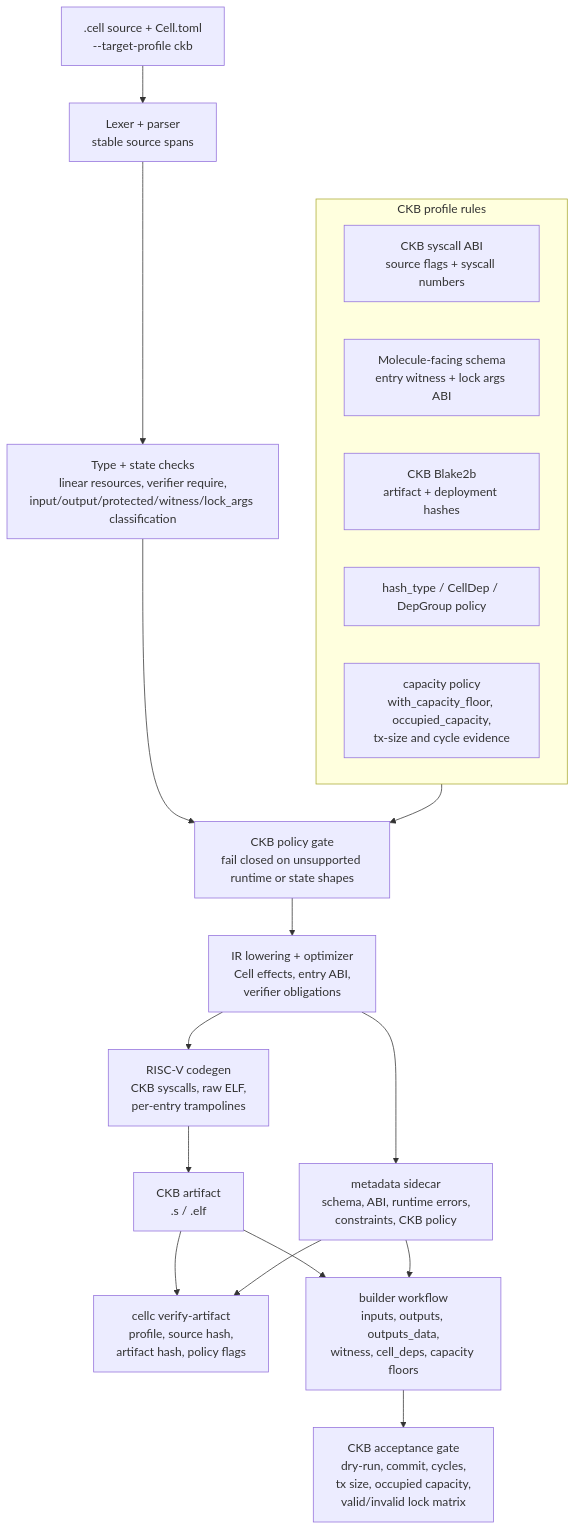
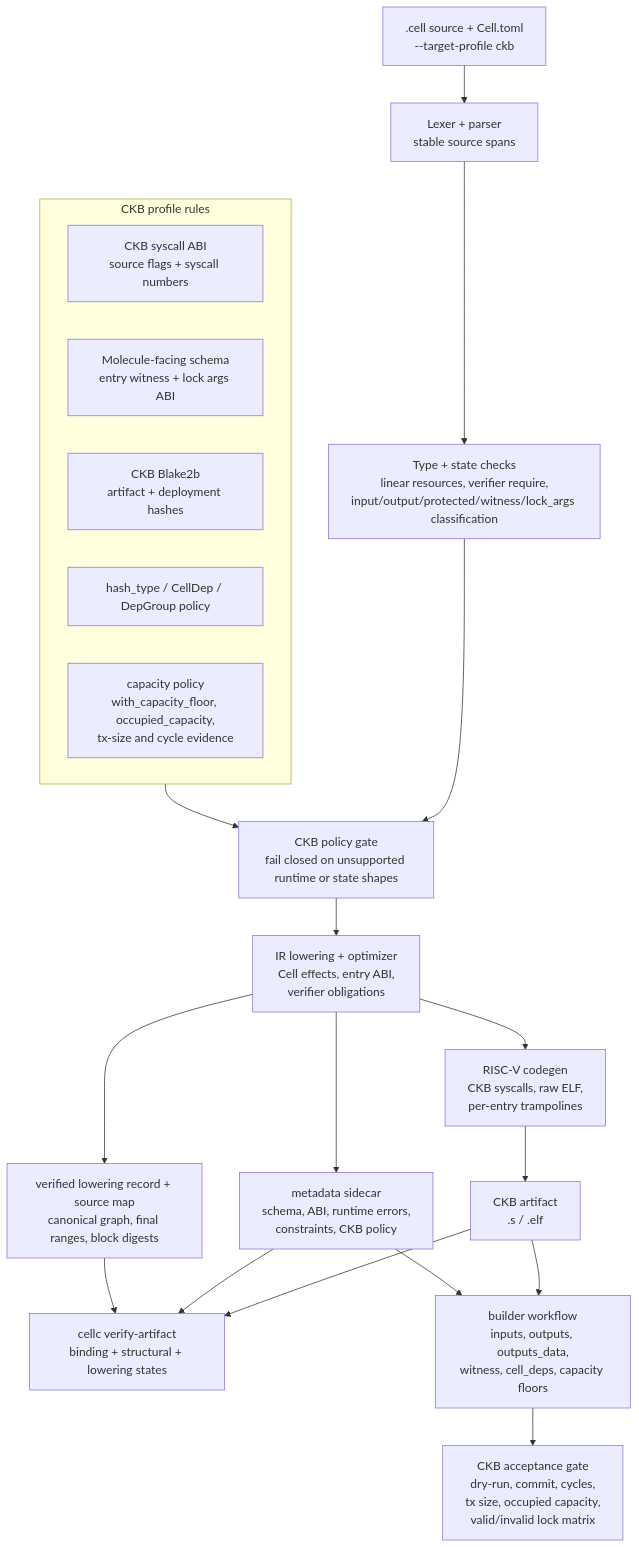
The second of 2 diagrams in README.md (a19q3/CellScript), drawn with Mermaid before and after one commit. The commit also changed other lines of this file and 87 other files, not shown here.

````diff
--- a/README.md
+++ b/README.md
@@ -658,27 +667,29 @@
 ```mermaid
 flowchart TB
     Source[".cell source + Cell.toml\n--target-profile ckb"] --> Frontend["Lexer + parser\nstable source spans"]
     Frontend --> Semantics["Type + state checks\nlinear resources, verifier require,\ninput/output/protected/witness/lock_args classification"]
     Semantics --> Policy["CKB policy gate\nfail closed on unsupported runtime or state shapes"]
 
     subgraph Rules["CKB profile rules"]
         R1["CKB syscall ABI\nsource flags + syscall numbers"]
         R2["Molecule-facing schema\nentry witness + lock args ABI"]
         R3["CKB Blake2b\nartifact + deployment hashes"]
         R4["hash_type / CellDep / DepGroup policy"]
         R5["capacity policy\nwith_capacity_floor, occupied_capacity,\ntx-size and cycle evidence"]
     end
 
     Rules --> Policy
     Policy --> IR["IR lowering + optimizer\nCell effects, entry ABI,\nverifier obligations"]
     IR --> Metadata["metadata sidecar\nschema, ABI, runtime errors,\nconstraints, CKB policy"]
+    IR --> Lowering["verified lowering record + source map\ncanonical graph, final ranges, block digests"]
     IR --> Codegen["RISC-V codegen\nCKB syscalls, raw ELF,\nper-entry trampolines"]
     Codegen --> Artifact["CKB artifact\n.s / .elf"]
 
-    Artifact --> Verify["cellc verify-artifact\nprofile, source hash,\nartifact hash, policy flags"]
+    Artifact --> Verify["cellc verify-artifact\nbinding + structural + lowering states"]
     Metadata --> Verify
+    Lowering --> Verify
 
     Artifact --> Builder["builder workflow\ninputs, outputs, outputs_data,\nwitness, cell_deps, capacity floors"]
     Metadata --> Builder
     Builder --> Acceptance["CKB acceptance gate\ndry-run, commit, cycles,\ntx size, occupied capacity,\nvalid/invalid lock matrix"]
 ```
````
